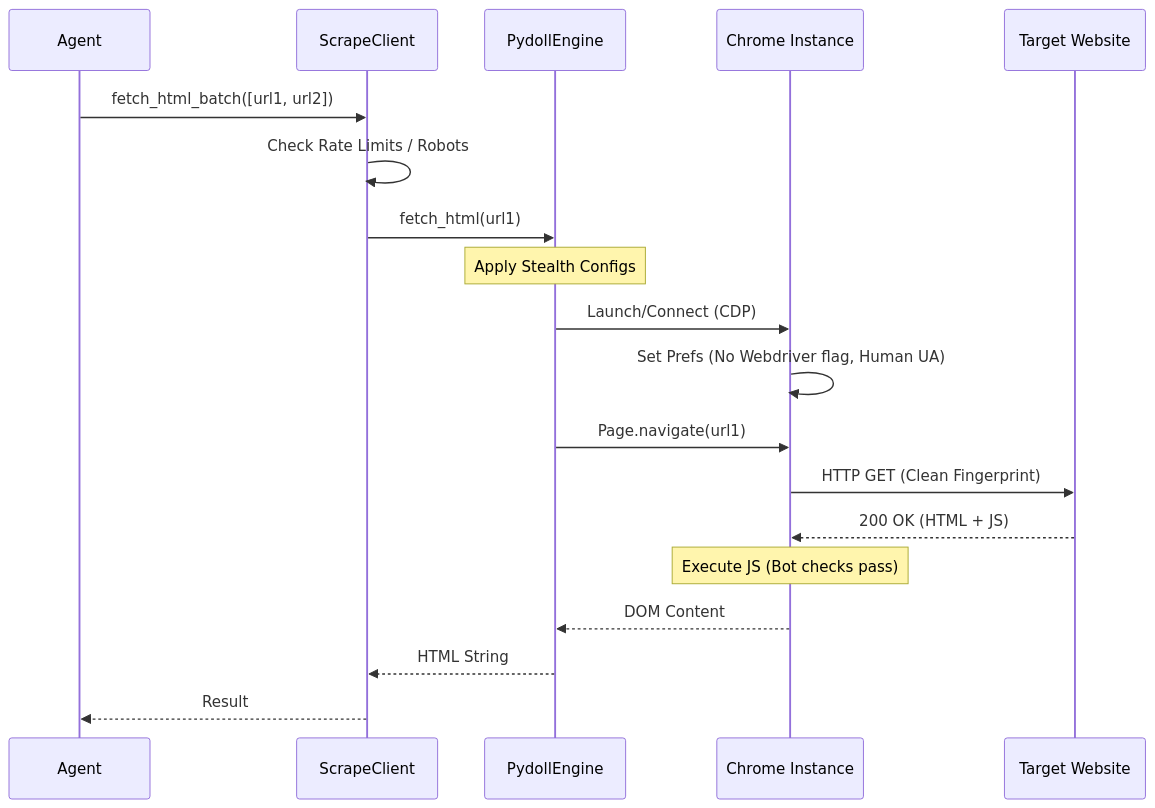
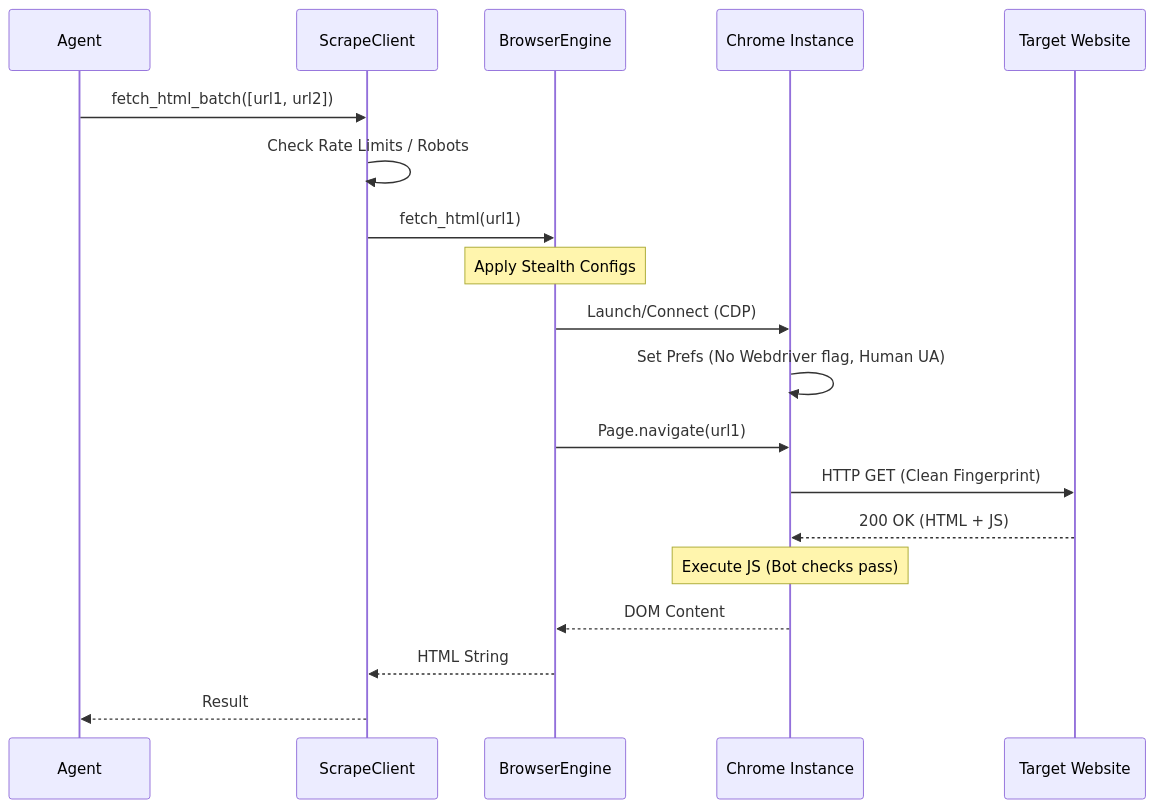
Before and after one commit to Nirtzur0/PropertyScanner: the second of 2 diagrams in docs/03_unified_scraping_architecture.md, drawn with Mermaid. The commit also changed other lines of this file and 56 other files, not shown here.

````diff
--- a/docs/03_unified_scraping_architecture.md
+++ b/docs/03_unified_scraping_architecture.md
@@ -57,25 +74,25 @@
 ```mermaid
 sequenceDiagram
     participant Agent
     participant Client as ScrapeClient
-    participant Pydoll as PydollEngine
+    participant Engine as BrowserEngine
     participant Chrome as Chrome Instance
     participant Site as Target Website
 
     Agent->>Client: fetch_html_batch([url1, url2])
     Client->>Client: Check Rate Limits / Robots
-    Client->>Pydoll: fetch_html(url1)
+    Client->>Engine: fetch_html(url1)
     
-    Note over Pydoll: Apply Stealth Configs
-    Pydoll->>Chrome: Launch/Connect (CDP)
+    Note over Engine: Apply Stealth Configs
+    Engine->>Chrome: Launch/Connect (CDP)
     Chrome->>Chrome: Set Prefs (No Webdriver flag, Human UA)
     
-    Pydoll->>Chrome: Page.navigate(url1)
+    Engine->>Chrome: Page.navigate(url1)
     Chrome->>Site: HTTP GET (Clean Fingerprint)
     Site-->>Chrome: 200 OK (HTML + JS)
     
     Note over Chrome: Execute JS (Bot checks pass)
-    Chrome-->>Pydoll: DOM Content
-    Pydoll-->>Client: HTML String
+    Chrome-->>Engine: DOM Content
+    Engine-->>Client: HTML String
     Client-->>Agent: Result
 ```
````
